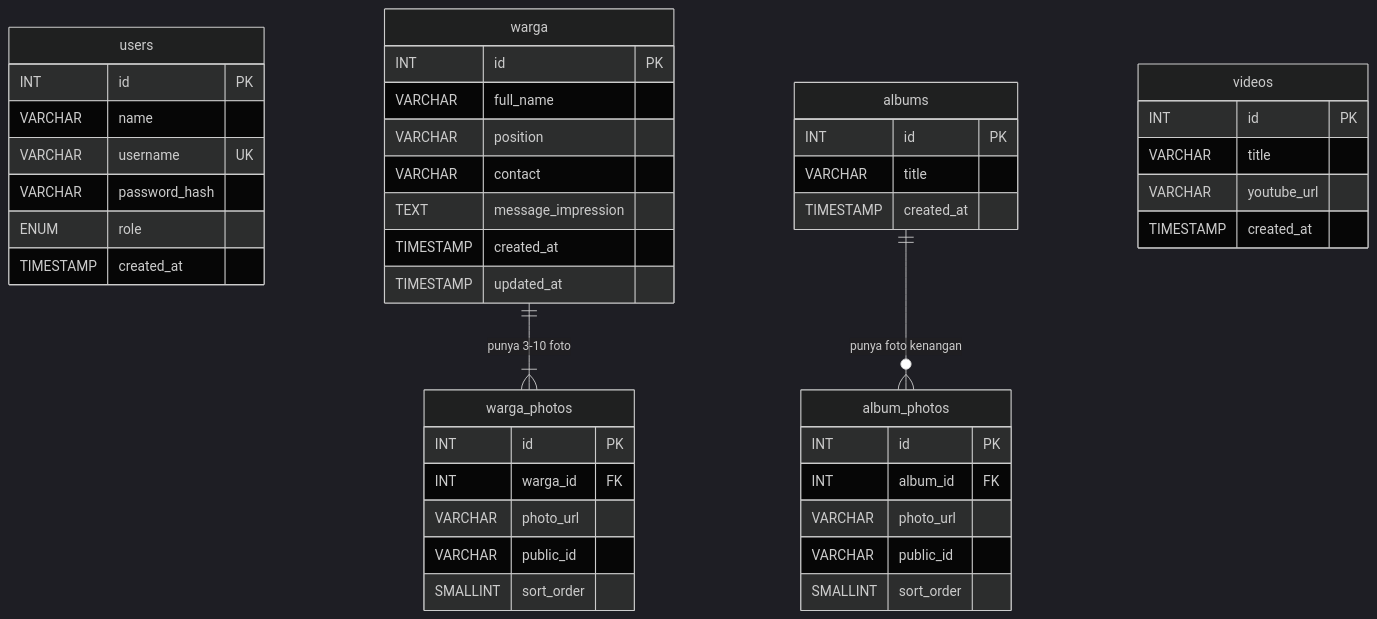
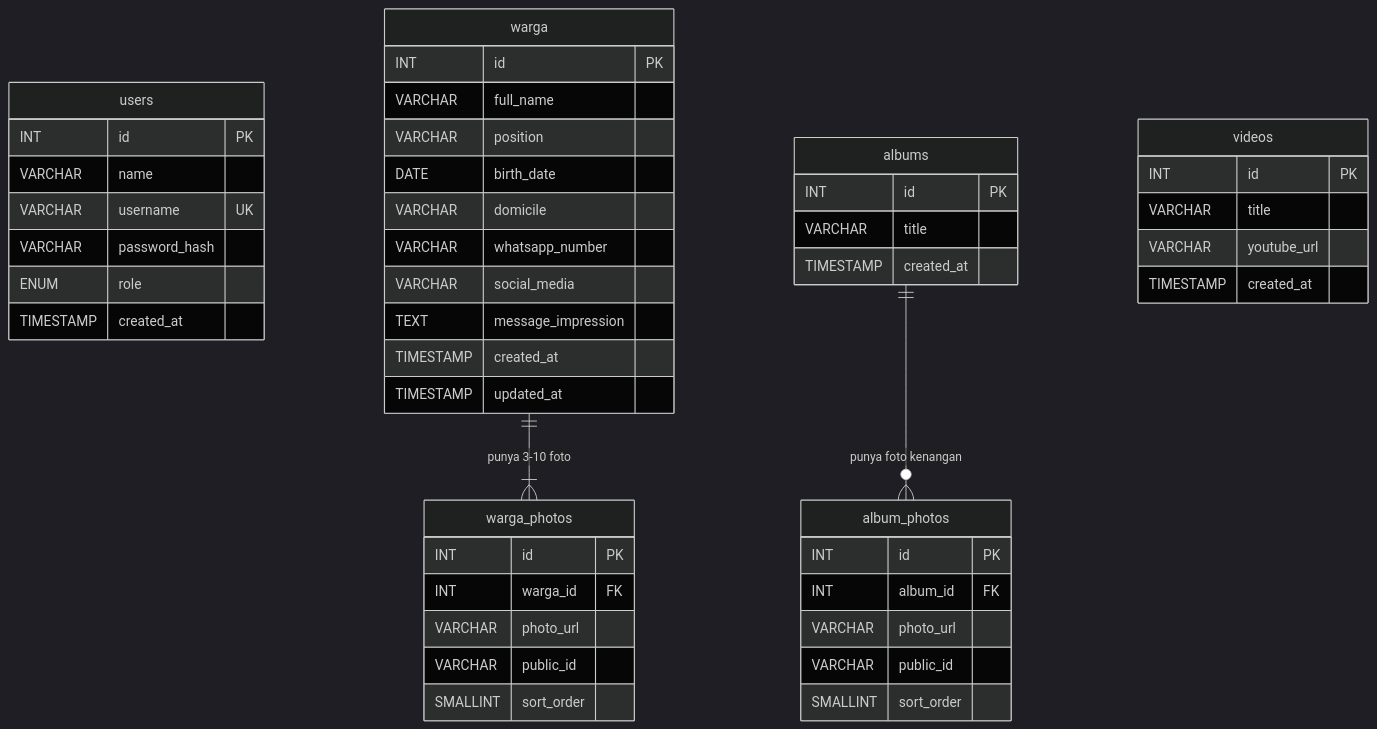
One commit to septaluardi25/warga-halim changed the diagram in docs/DATABASE_DESIGN.md. Above: the diagram before and after it, drawn with Mermaid (dark theme). The commit also changed other lines of this file and 20 other files, not shown here.

Commit message:
feat(warga): restrukturisasi field tanggal lahir, domisili, whatsapp, dan media sosial

````diff
--- a/docs/DATABASE_DESIGN.md
+++ b/docs/DATABASE_DESIGN.md
@@ -28,48 +28,51 @@
 ```mermaid
 erDiagram
     users {
         INT id PK
         VARCHAR name
         VARCHAR username UK
         VARCHAR password_hash
         ENUM role
         TIMESTAMP created_at
     }
     warga {
         INT id PK
         VARCHAR full_name
         VARCHAR position
-        VARCHAR contact
+        DATE birth_date
+        VARCHAR domicile
+        VARCHAR whatsapp_number
+        VARCHAR social_media
         TEXT message_impression
         TIMESTAMP created_at
         TIMESTAMP updated_at
     }
     warga_photos {
         INT id PK
         INT warga_id FK
         VARCHAR photo_url
         VARCHAR public_id
         SMALLINT sort_order
     }
     albums {
         INT id PK
         VARCHAR title
         TIMESTAMP created_at
     }
     album_photos {
         INT id PK
         INT album_id FK
         VARCHAR photo_url
         VARCHAR public_id
         SMALLINT sort_order
     }
     videos {
         INT id PK
         VARCHAR title
         VARCHAR youtube_url
         TIMESTAMP created_at
     }
 
     warga ||--|{ warga_photos : "punya 3-10 foto"
     albums ||--o{ album_photos : "punya foto kenangan"
 ```
````
